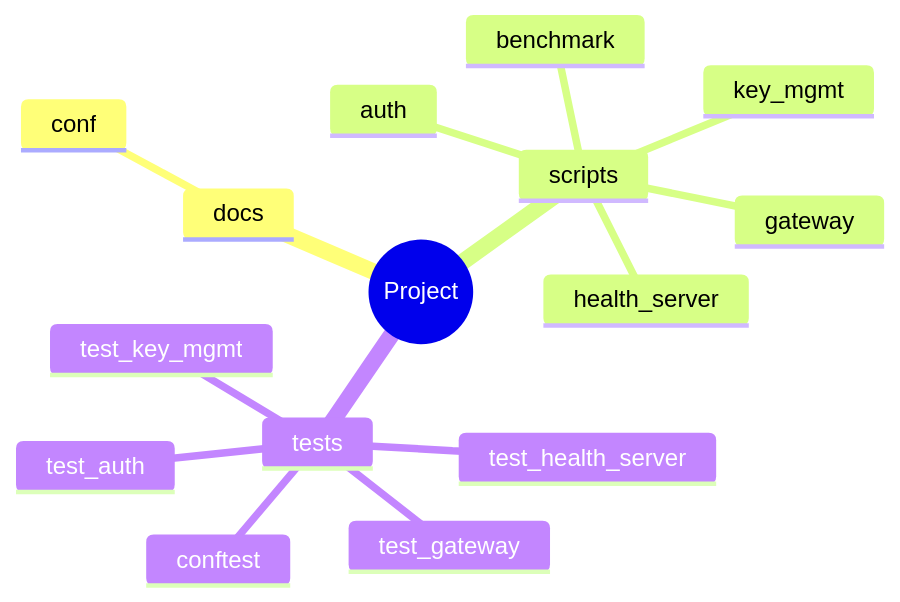
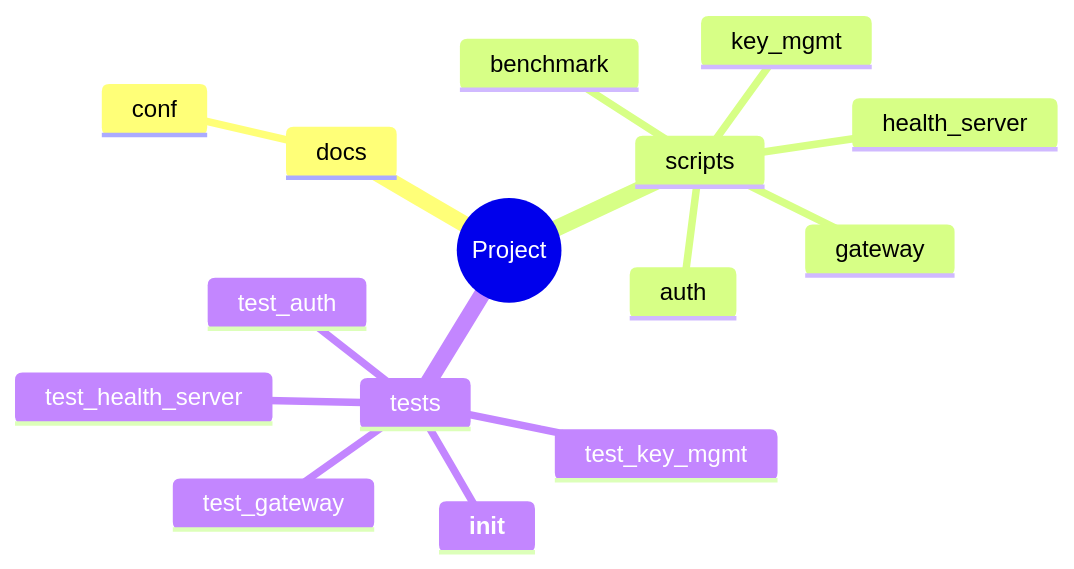
Before and after one commit to zepfu/llama-gguf-inference: the fifth of 8 diagrams in docs/auto/ARCHITECTURE_AUTO.md, drawn with Mermaid. The commit also changed other lines of this file and 2 other files, not shown here.

````diff
--- a/docs/auto/ARCHITECTURE_AUTO.md
+++ b/docs/auto/ARCHITECTURE_AUTO.md
@@ -178,18 +174,18 @@
 ```mermaid
 mindmap
   root((Project))
     docs
       conf
     scripts
+      auth
+      health_server
+      key_mgmt
       gateway
-      auth
       benchmark
-      key_mgmt
-      health_server
     tests
+      test_health_server
       test_auth
+      test_key_mgmt
       test_gateway
-      test_health_server
-      conftest
-      test_key_mgmt
+      __init__
 ```
````
